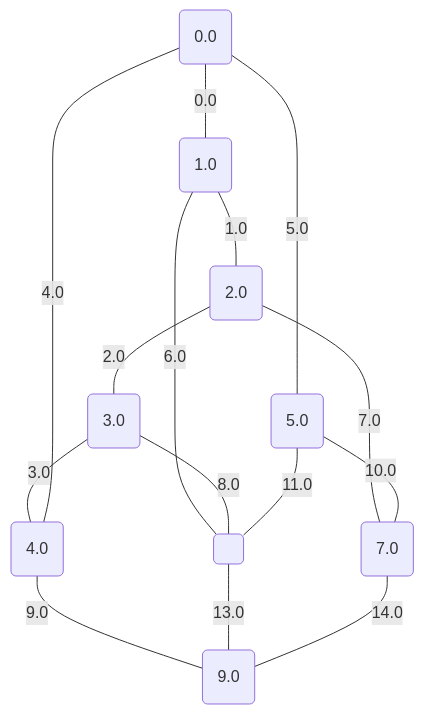
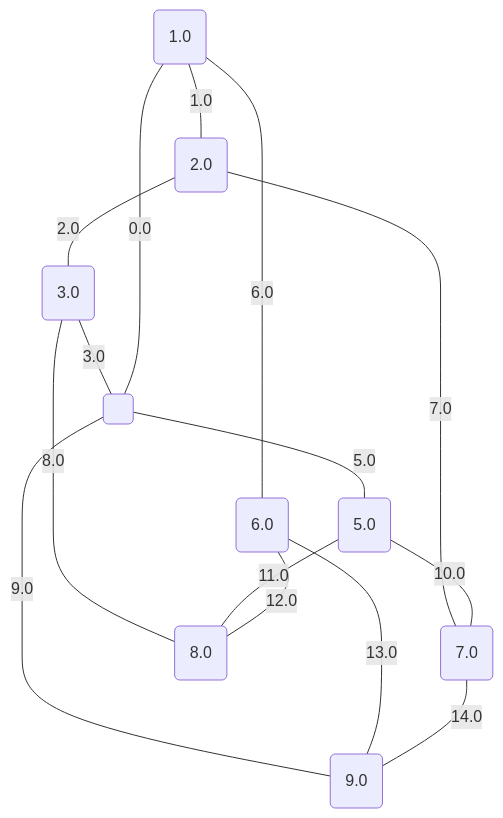
One commit to metury/graphs changed the third of 17 diagrams in project/src/testing/minCutPetersen.md. Above: the diagram before and after it, drawn with Mermaid. The commit also changed other lines of this file and 2 other files, not shown here.

````diff
--- a/project/src/testing/minCutPetersen.md
+++ b/project/src/testing/minCutPetersen.md
@@ -75,26 +75,26 @@
 ```mermaid
 graph TD;
-0("0.0");
-1("1.0");
-2("2.0");
-3("3.0");
-4("4.0");
-5("5.0");
-6("7.0");
+0("1.0");
+1("2.0");
+2("3.0");
+3("5.0");
+4("6.0");
+5("7.0");
+6("8.0");
 7("9.0");
 8(" ");
-	0 -- "0.0" --- 1;
-	1 -- "1.0" --- 2;
-	2 -- "2.0" --- 3;
-	3 -- "3.0" --- 4;
-	4 -- "4.0" --- 0;
-	0 -- "5.0" --- 5;
-	1 -- "6.0" --- 8;
-	2 -- "7.0" --- 6;
-	3 -- "8.0" --- 8;
-	4 -- "9.0" --- 7;
-	5 -- "10.0" --- 6;
-	5 -- "11.0" --- 8;
-	8 -- "13.0" --- 7;
-	6 -- "14.0" --- 7;
+	8 -- "0.0" --- 0;
+	0 -- "1.0" --- 1;
+	1 -- "2.0" --- 2;
+	2 -- "3.0" --- 8;
+	8 -- "5.0" --- 3;
+	0 -- "6.0" --- 4;
+	1 -- "7.0" --- 5;
+	2 -- "8.0" --- 6;
+	8 -- "9.0" --- 7;
+	3 -- "10.0" --- 5;
+	3 -- "11.0" --- 6;
+	4 -- "12.0" --- 6;
+	4 -- "13.0" --- 7;
+	5 -- "14.0" --- 7;
 ```
````
